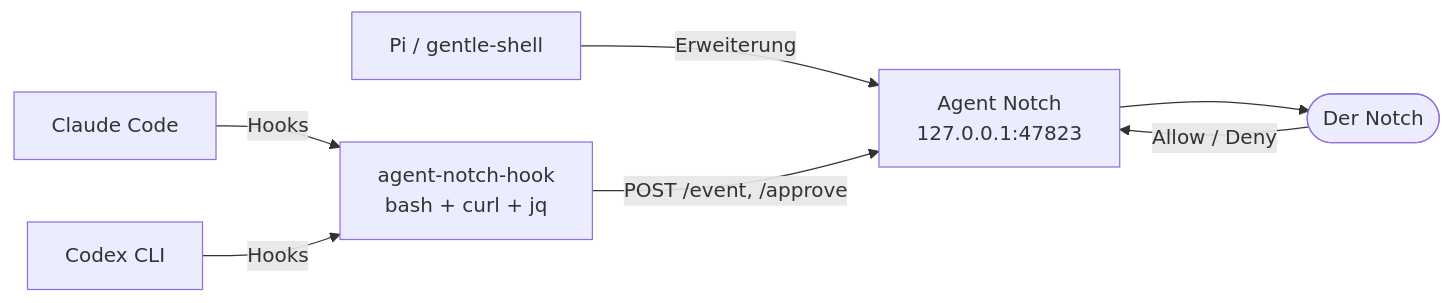
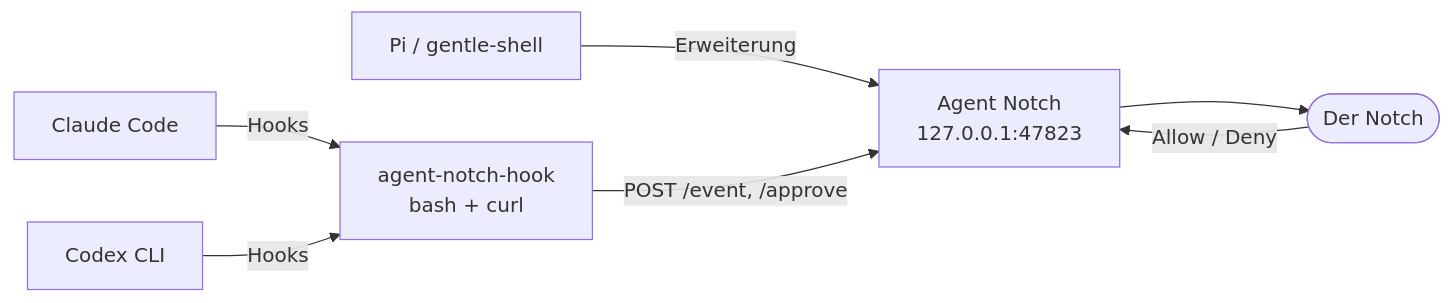
The diagram in README.de.md (enderdev01/agent-notch), drawn with Mermaid before and after one commit. The commit also changed other lines of this file and 7 other files, not shown here.

````diff
--- a/README.de.md
+++ b/README.de.md
@@ -104,9 +106,9 @@
 ```mermaid
 flowchart LR
-    C["Claude Code"] -- Hooks --> B["agent-notch-hook<br/>bash + curl + jq"]
+    C["Claude Code"] -- Hooks --> B["agent-notch-hook<br/>bash + curl"]
     X["Codex CLI"] -- Hooks --> B
     P["Pi / gentle-shell"] -- Erweiterung --> S
     B -- "POST /event, /approve" --> S["Agent Notch<br/>127.0.0.1:47823"]
     S --> N(["Der Notch"])
     N -- "Allow / Deny" --> S
 ```
````
